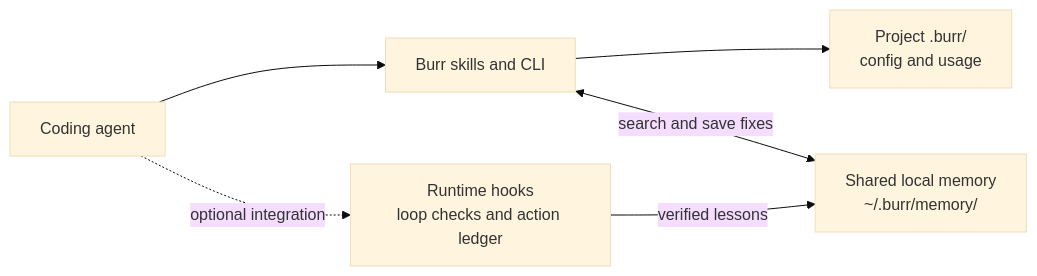
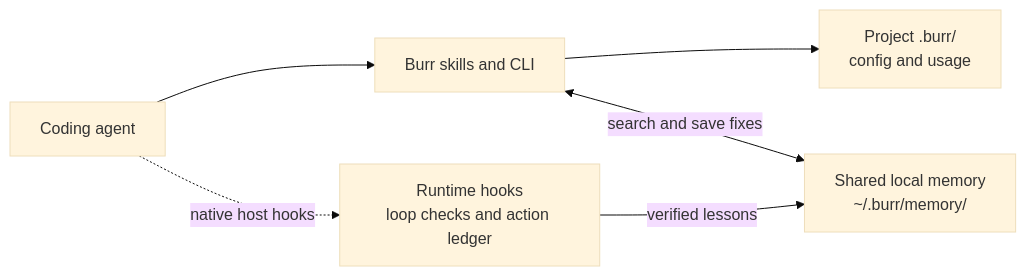
One commit to sansynx/burr-memory changed the diagram in README.md. Above: the diagram before and after it, drawn with Mermaid (base theme). The commit also changed other lines of this file and 18 other files, not shown here.

Commit message:
Integrate and verify native Codex lifecycle hooks

````diff
--- a/README.md
+++ b/README.md
@@ -65,8 +65,8 @@
 ```mermaid
 flowchart LR
     Agent["Coding agent"] --> Burr["Burr skills and CLI"]
     Burr --> Project["Project .burr/<br/>config and usage"]
     Burr <-->|"search and save fixes"| Memory["Shared local memory<br/>~/.burr/memory/"]
-    Agent -.->|"optional integration"| Runtime["Runtime hooks<br/>loop checks and action ledger"]
+    Agent -.->|"native host hooks"| Runtime["Runtime hooks<br/>loop checks and action ledger"]
     Runtime -->|"verified lessons"| Memory
 ```
````
